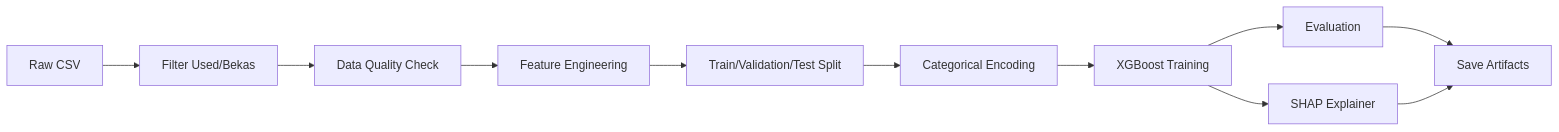
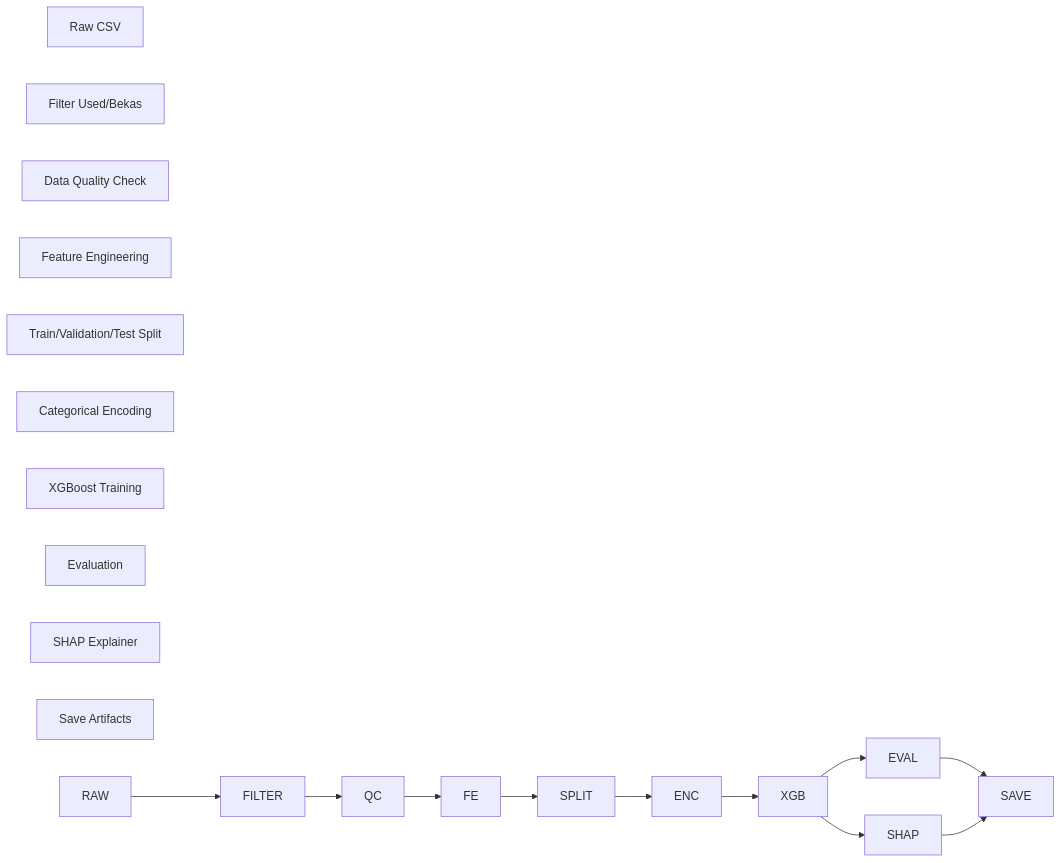
One commit to RistoKuy/XAI_Car_CP changed diagram 11 of 11 in implementation_plan.md. Above: the diagram before and after it, drawn with Mermaid. The commit also changed other lines of this file and 31 other files, not shown here.

````diff
--- a/implementation_plan.md
+++ b/implementation_plan.md
@@ -708,18 +1102,18 @@
 ```mermaid
 flowchart LR
-    RAW[Raw CSV]
-    FILTER[Filter Used/Bekas]
-    QC[Data Quality Check]
-    FE[Feature Engineering]
-    SPLIT[Train/Validation/Test Split]
-    ENC[Categorical Encoding]
-    XGB[XGBoost Training]
-    EVAL[Evaluation]
-    SHAP[SHAP Explainer]
-    SAVE[Save Artifacts]
+    RAW\\\[Raw CSV]
+    FILTER\\\[Filter Used/Bekas]
+    QC\\\[Data Quality Check]
+    FE\\\[Feature Engineering]
+    SPLIT\\\[Train/Validation/Test Split]
+    ENC\\\[Categorical Encoding]
+    XGB\\\[XGBoost Training]
+    EVAL\\\[Evaluation]
+    SHAP\\\[SHAP Explainer]
+    SAVE\\\[Save Artifacts]
 
     RAW --> FILTER --> QC --> FE --> SPLIT --> ENC --> XGB --> EVAL
     XGB --> SHAP
     EVAL --> SAVE
     SHAP --> SAVE
 ```
````
